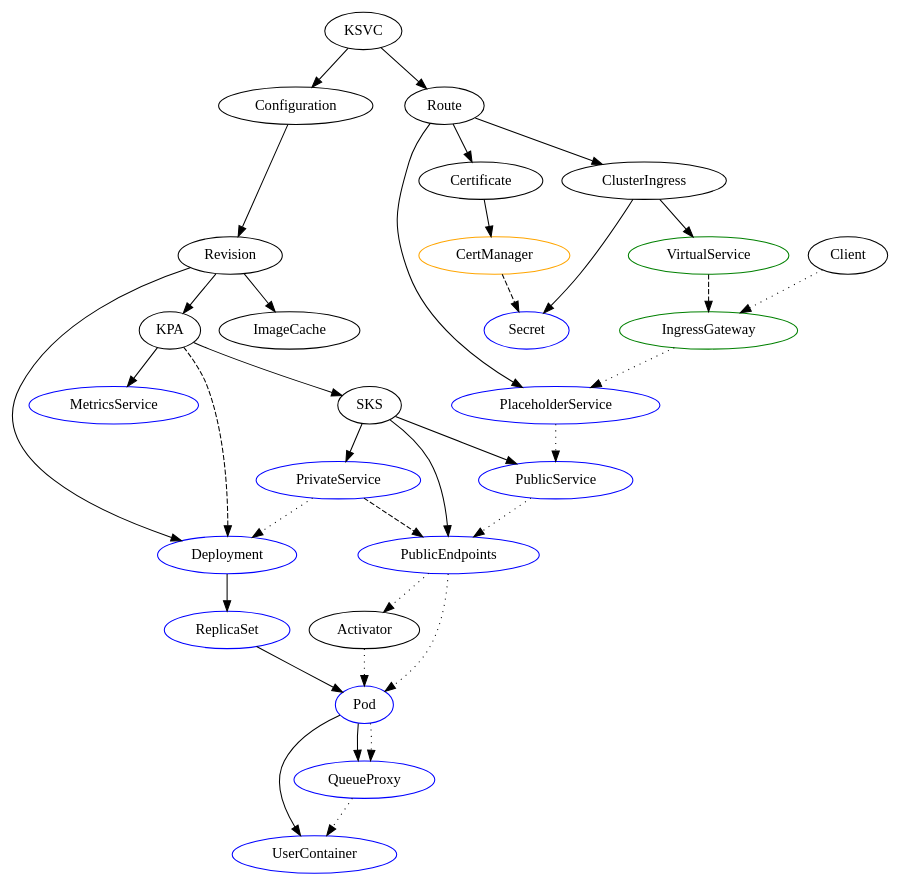
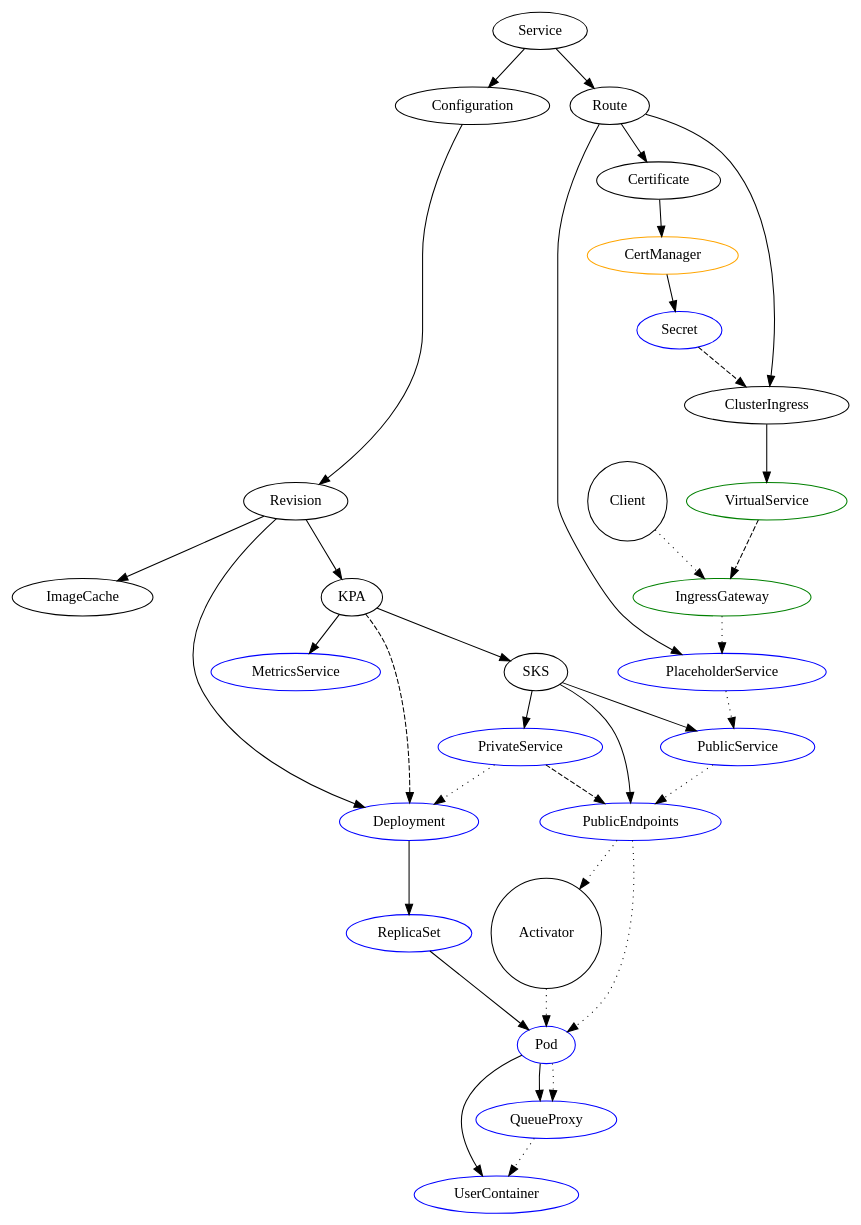
One commit to jonjohnsonjr/graphviz changed the diagram in src/reconciliation.dot. Above: the diagram before and after it, drawn with Graphviz. The commit also changed 5 other files, not shown here.

Commit message:
Fix cert -> secret, make singletons bigger

```diff
--- a/src/reconciliation.dot
+++ b/src/reconciliation.dot
@@ -1,73 +1,77 @@
 digraph ReconciliationGraph {
-  KSVC -> Configuration
-  KSVC -> Route
+  Service -> Configuration
+  Service -> Route
 
   Revision -> Deployment
   Revision -> KPA
   Revision -> ImageCache
 
   KPA -> SKS
   KPA -> MetricsService
   KPA -> Deployment [style=dashed]
 
   Route -> ClusterIngress
   Route -> PlaceholderService
   Route -> Certificate
 
   Certificate -> CertManager
 
-  CertManager -> Secret [style=dashed]
+  CertManager -> Secret
+  Secret -> ClusterIngress [style=dashed]
 
   ClusterIngress -> VirtualService
-  ClusterIngress -> Secret
 
   Configuration -> Revision
 
   SKS -> PublicService
   SKS -> PublicEndpoints
   SKS -> PrivateService
 
   Deployment -> ReplicaSet
 
   ReplicaSet -> Pod
 
   Pod -> UserContainer
   Pod -> QueueProxy
 
   VirtualService -> IngressGateway [style=dashed]
 
   PrivateService -> PublicEndpoints [style=dashed]
 
   // Traffic flow
   Client -> IngressGateway [style=dotted]
   IngressGateway -> PlaceholderService [style=dotted]
   PlaceholderService -> PublicService [style=dotted]
   PublicService -> PublicEndpoints [style=dotted]
   PublicEndpoints -> Pod [style=dotted]
   PublicEndpoints -> Activator [style=dotted]
   Activator -> Pod [style=dotted]
   Pod -> QueueProxy [style=dotted]
   QueueProxy -> UserContainer [style=dotted]
 
   PrivateService -> Deployment [style=dotted]
 
   // Kubernetes
   Deployment [color=blue]
   ReplicaSet [color=blue]
   Pod [color=blue]
   PublicService [color=blue]
   PublicEndpoints [color=blue]
   PrivateService [color=blue]
   MetricsService [color=blue]
   PlaceholderService [color=blue]
   Secret [color=blue]
   QueueProxy [color=blue]
   UserContainer [color=blue]
 
   // Istio
   VirtualService [color=green]
   IngressGateway [color=green]
 
   // CertManager
   CertManager [color=orange]
+
+  // Singleton
+  Activator [shape=circle]
+  Client [shape=circle]
 }
```
